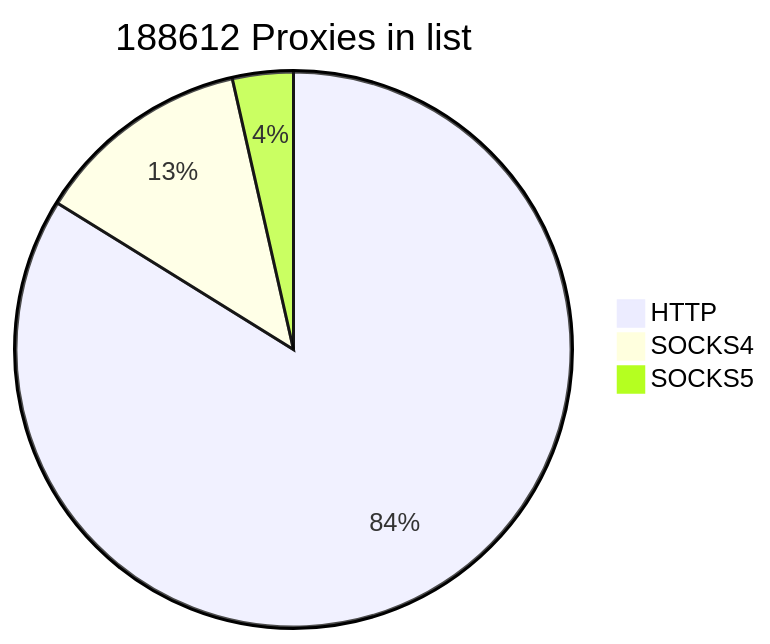
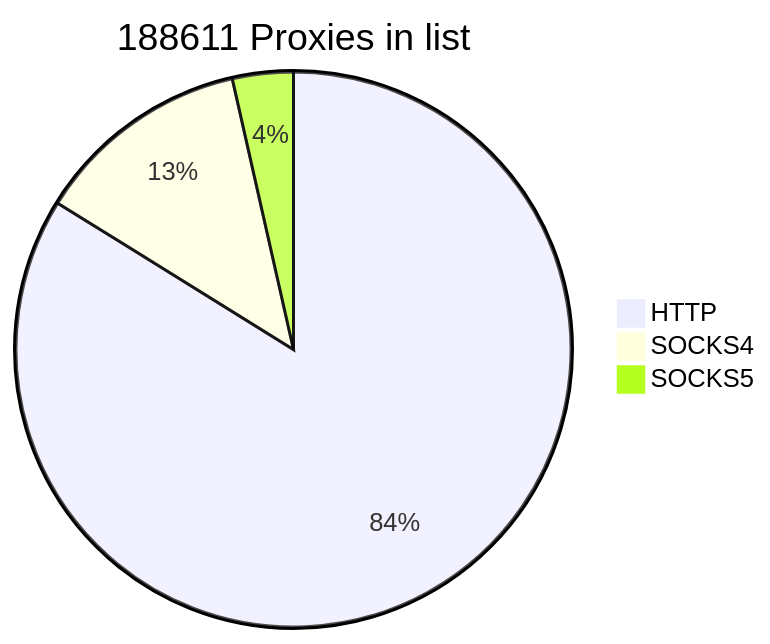
The first of 2 diagrams in README.md (cutipu/proxylist), drawn with Mermaid before and after one commit. The commit also changed other lines of this file, not shown here.

````diff
--- a/README.md
+++ b/README.md
@@ -2,7 +2,7 @@
 ```mermaid
-pie title 188612 Proxies in list
+pie title 188611 Proxies in list
     "HTTP" : 158132
-    "SOCKS4" : 23809
-    "SOCKS5" : 6671
+    "SOCKS4" : 23805
+    "SOCKS5" : 6674
             
 ```
````
